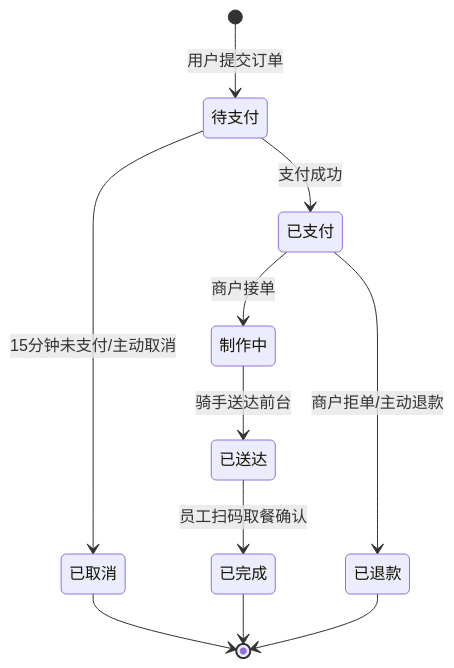
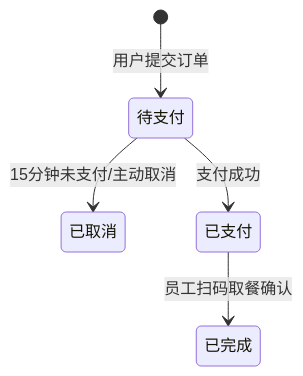
One commit to ZerOne0000001/Chat-To-PRD changed the third of 4 diagrams in skills/pm-prd/references/PRD_Example.md. Above: the diagram before and after it, drawn with Mermaid. The commit also changed other lines of this file and 15 other files, not shown here.

````diff
--- a/skills/pm-prd/references/PRD_Example.md
+++ b/skills/pm-prd/references/PRD_Example.md
@@ -164,16 +103,7 @@
 ```mermaid
 stateDiagram-v2
     [*] --> 待支付 : 用户提交订单
     待支付 --> 已取消 : 15分钟未支付/主动取消
     待支付 --> 已支付 : 支付成功
-    
-    已支付 --> 制作中 : 商户接单
-    已支付 --> 已退款 : 商户拒单/主动退款
-    
-    制作中 --> 已送达 : 骑手送达前台
-    已送达 --> 已完成 : 员工扫码取餐确认
-    
-    已完成 --> [*]
-    已取消 --> [*]
-    已退款 --> [*]
+    已支付 --> 已完成 : 员工扫码取餐确认
 ```
````
